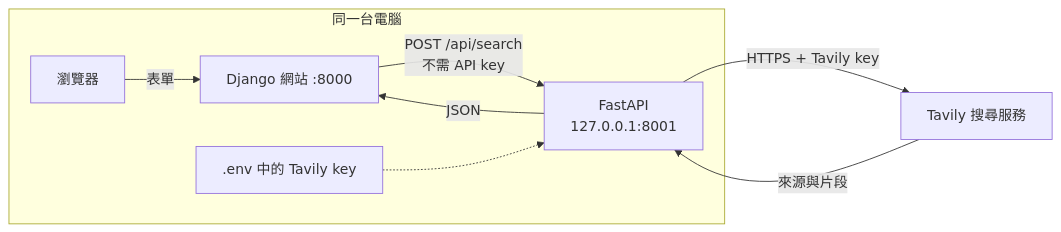
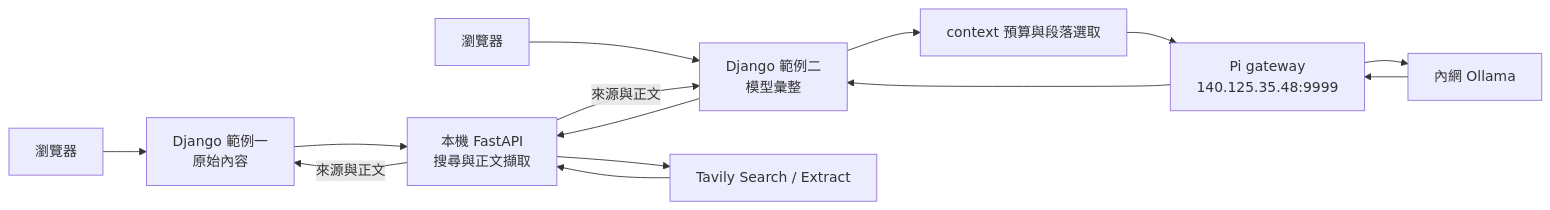
One commit to minhuangyuntech/webfetchapi changed the diagram in README.md. Above: the diagram before and after it, drawn with Mermaid. The commit also changed other lines of this file and 42 other files, not shown here.

Commit message:
refactor: separate content search from Django model summarization with context budgeting

````diff
--- a/README.md
+++ b/README.md
@@ -11,11 +13,15 @@
 ```mermaid
 flowchart LR
-    subgraph PC[同一台電腦]
-        B[瀏覽器] -->|表單| D[Django 網站 :8000]
-        D -->|POST /api/search<br/>不需 API key| F[FastAPI<br/>127.0.0.1:8001]
-        E[.env 中的 Tavily key] -.-> F
-    end
-    F -->|HTTPS + Tavily key| T[Tavily 搜尋服務]
-    T -->|來源與片段| F
-    F -->|JSON| D
+    B1[瀏覽器] --> D1[Django 範例一<br/>原始內容]
+    B2[瀏覽器] --> D2[Django 範例二<br/>模型彙整]
+    D1 --> F[本機 FastAPI<br/>搜尋與正文擷取]
+    D2 --> F
+    F --> T[Tavily Search / Extract]
+    T --> F
+    F -->|來源與正文| D1
+    F -->|來源與正文| D2
+    D2 --> C[context 預算與段落選取]
+    C --> P[Pi gateway<br/>140.125.35.48:9999]
+    P --> O[內網 Ollama]
+    O --> P --> D2
 ```
````
